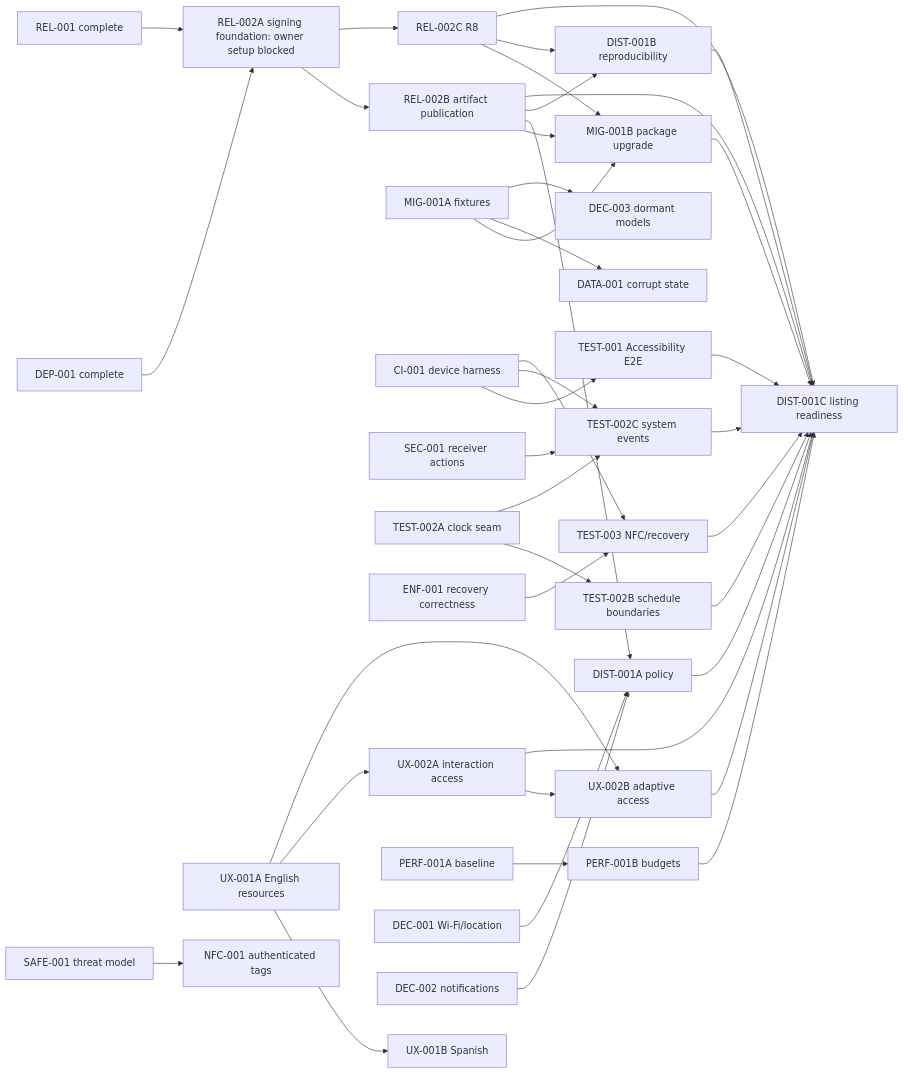
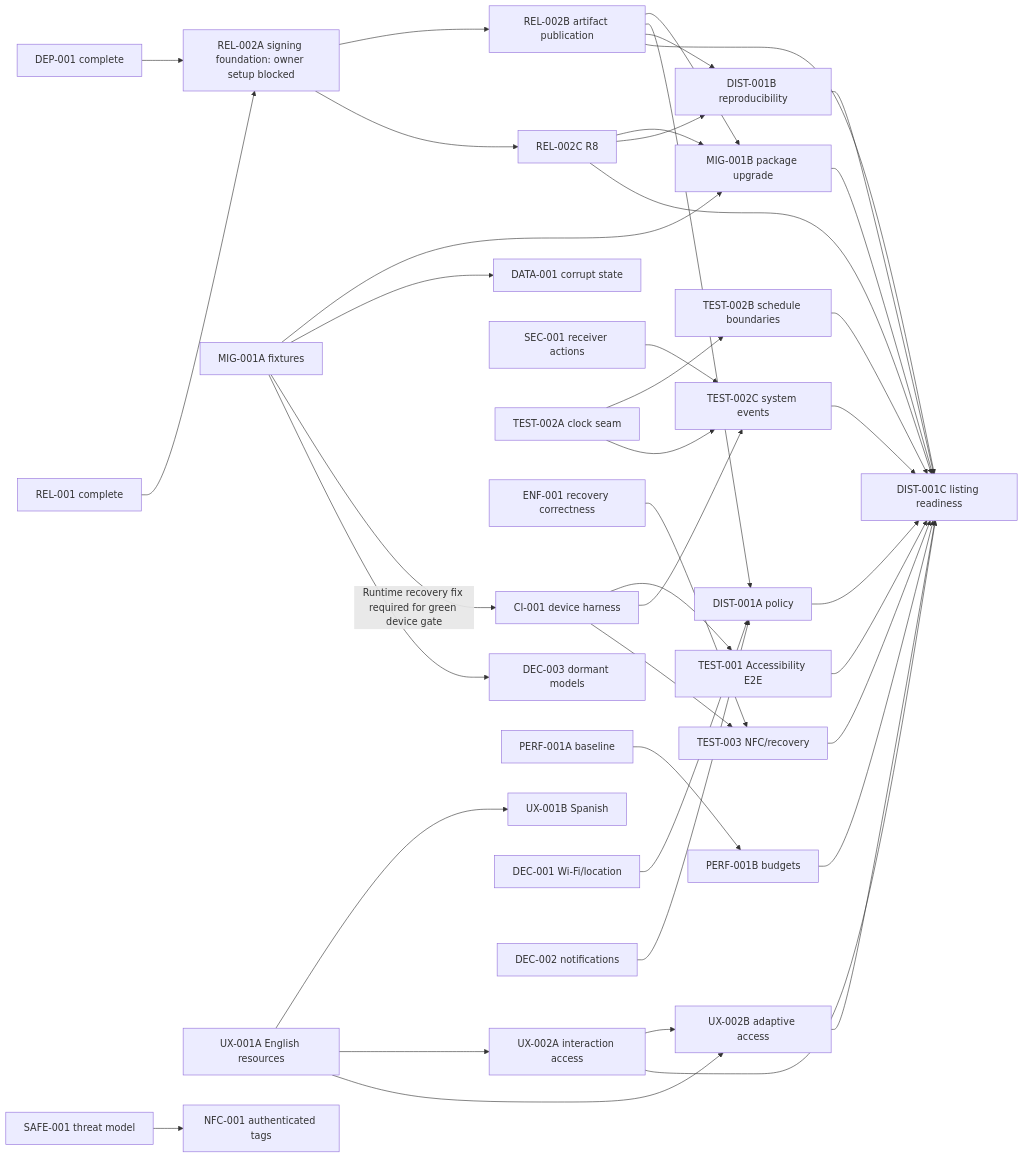
The diagram in docs/ROADMAP.md (mcasillas17/WebSnag), drawn with Mermaid before and after one commit. The commit also changed other lines of this file and 8 other files, not shown here.

````diff
--- a/docs/ROADMAP.md
+++ b/docs/ROADMAP.md
@@ -194,47 +194,48 @@
 ```mermaid
 flowchart LR
     DEP001["DEP-001 complete"] --> REL002A["REL-002A signing foundation: owner setup blocked"]
     REL001["REL-001 complete"] --> REL002A
     REL002A --> REL002B["REL-002B artifact publication"]
     REL002A --> REL002C["REL-002C R8"]
     REL002B --> MIG001B["MIG-001B package upgrade"]
     REL002C --> MIG001B
     MIG001A["MIG-001A fixtures"] --> MIG001B
     MIG001A --> DATA001["DATA-001 corrupt state"]
 
     CI001["CI-001 device harness"] --> TEST001["TEST-001 Accessibility E2E"]
+    MIG001A -->|"Runtime recovery fix required for green device gate"| CI001
     CI001 --> TEST002C["TEST-002C system events"]
     CI001 --> TEST003["TEST-003 NFC/recovery"]
     SEC001["SEC-001 receiver actions"] --> TEST002C
     TEST002A["TEST-002A clock seam"] --> TEST002B["TEST-002B schedule boundaries"]
     TEST002A --> TEST002C
     ENF001["ENF-001 recovery correctness"] --> TEST003
 
     UX001A["UX-001A English resources"] --> UX001B["UX-001B Spanish"]
     UX001A --> UX002A["UX-002A interaction access"]
     UX001A --> UX002B["UX-002B adaptive access"]
     UX002A --> UX002B
     PERF001A["PERF-001A baseline"] --> PERF001B["PERF-001B budgets"]
     MIG001A --> DEC003["DEC-003 dormant models"]
 
     DEC001["DEC-001 Wi-Fi/location"] --> DIST001A["DIST-001A policy"]
     DEC002["DEC-002 notifications"] --> DIST001A
     REL002B --> DIST001A
     REL002B --> DIST001B["DIST-001B reproducibility"]
     REL002C --> DIST001B
 
     REL002B --> DIST001C["DIST-001C listing readiness"]
     REL002C --> DIST001C
     MIG001B --> DIST001C
     TEST001 --> DIST001C
     TEST002B --> DIST001C
     TEST002C --> DIST001C
     TEST003 --> DIST001C
     UX002A --> DIST001C
     UX002B --> DIST001C
     PERF001B --> DIST001C
     DIST001A --> DIST001C
     DIST001B --> DIST001C
 
     SAFE001["SAFE-001 threat model"] --> NFC001["NFC-001 authenticated tags"]
 ```
````
